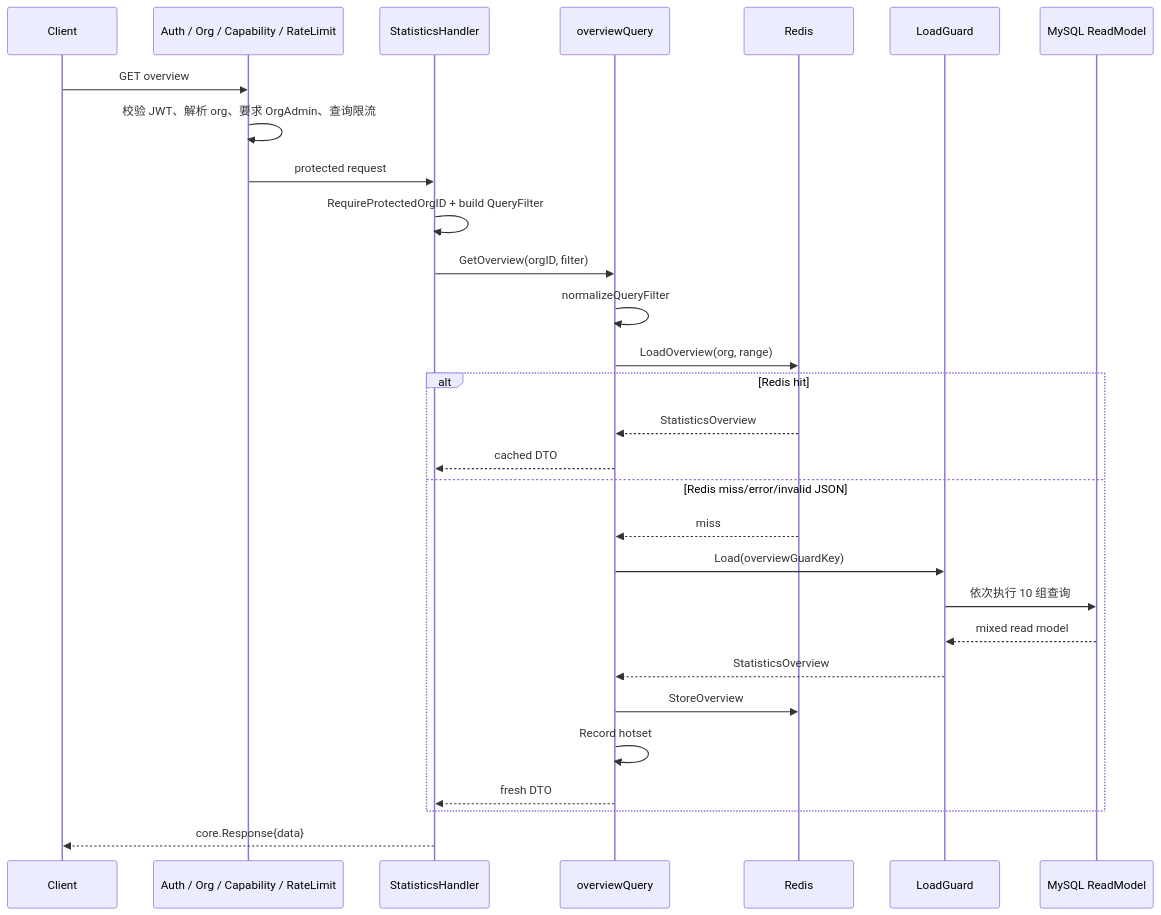
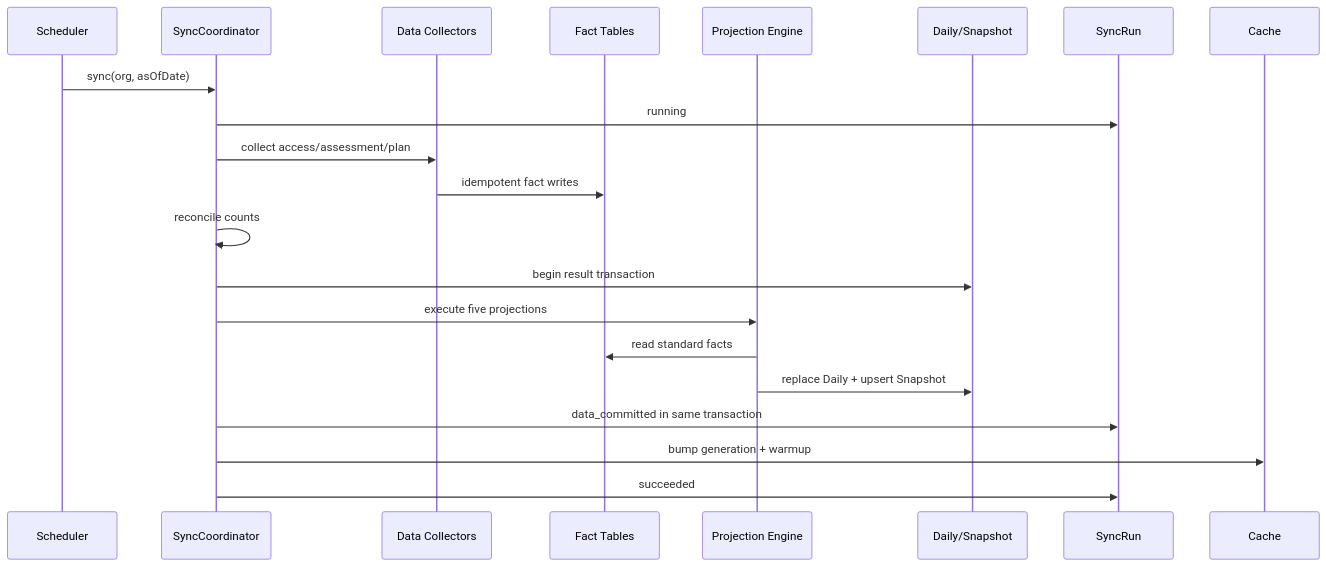
One commit to FangcunMount/qs-server changed the fifth of 5 diagrams in docs/02-业务模块/70-statistics/30-关键链路-从业务数据到统计查询.md. Above: the diagram before and after it, drawn with Mermaid. The commit also changed other lines of this file and 10 other files, not shown here.

First line of the commit message:
refactor(statistics): overhaul Statistics V2 architecture and data flow

````diff
--- a/docs/02-业务模块/70-statistics/30-关键链路-从业务数据到统计查询.md
+++ b/docs/02-业务模块/70-statistics/30-关键链路-从业务数据到统计查询.md
@@ -268,32 +228,24 @@
 ```mermaid
 sequenceDiagram
-    participant Client
-    participant MW as Auth / Org / Capability / RateLimit
-    participant H as StatisticsHandler
-    participant Q as overviewQuery
-    participant Redis
-    participant Guard as LoadGuard
-    participant RM as MySQL ReadModel
+    participant Scheduler
+    participant Sync as SyncCoordinator
+    participant Collector as Data Collectors
+    participant Facts as Fact Tables
+    participant Engine as Projection Engine
+    participant Results as Daily/Snapshot
+    participant Run as SyncRun
+    participant Cache
 
-    Client->>MW: GET overview
-    MW->>MW: 校验 JWT、解析 org、要求 OrgAdmin、查询限流
-    MW->>H: protected request
-    H->>H: RequireProtectedOrgID + build QueryFilter
-    H->>Q: GetOverview(orgID, filter)
-    Q->>Q: normalizeQueryFilter
-    Q->>Redis: LoadOverview(org, range)
-    alt Redis hit
-        Redis-->>Q: StatisticsOverview
-        Q-->>H: cached DTO
-    else Redis miss/error/invalid JSON
-        Redis-->>Q: miss
-        Q->>Guard: Load(overviewGuardKey)
-        Guard->>RM: 依次执行 10 组查询
-        RM-->>Guard: mixed read model
-        Guard-->>Q: StatisticsOverview
-        Q->>Redis: StoreOverview
-        Q->>Q: Record hotset
-        Q-->>H: fresh DTO
-    end
-    H-->>Client: core.Response{data}
+    Scheduler->>Sync: sync(org, asOfDate)
+    Sync->>Run: running
+    Sync->>Collector: collect access/assessment/plan
+    Collector->>Facts: idempotent fact writes
+    Sync->>Sync: reconcile counts
+    Sync->>Results: begin result transaction
+    Sync->>Engine: execute five projections
+    Engine->>Facts: read standard facts
+    Engine->>Results: replace Daily + upsert Snapshot
+    Sync->>Run: data_committed in same transaction
+    Sync->>Cache: bump generation + warmup
+    Sync->>Run: succeeded
 ```
````
